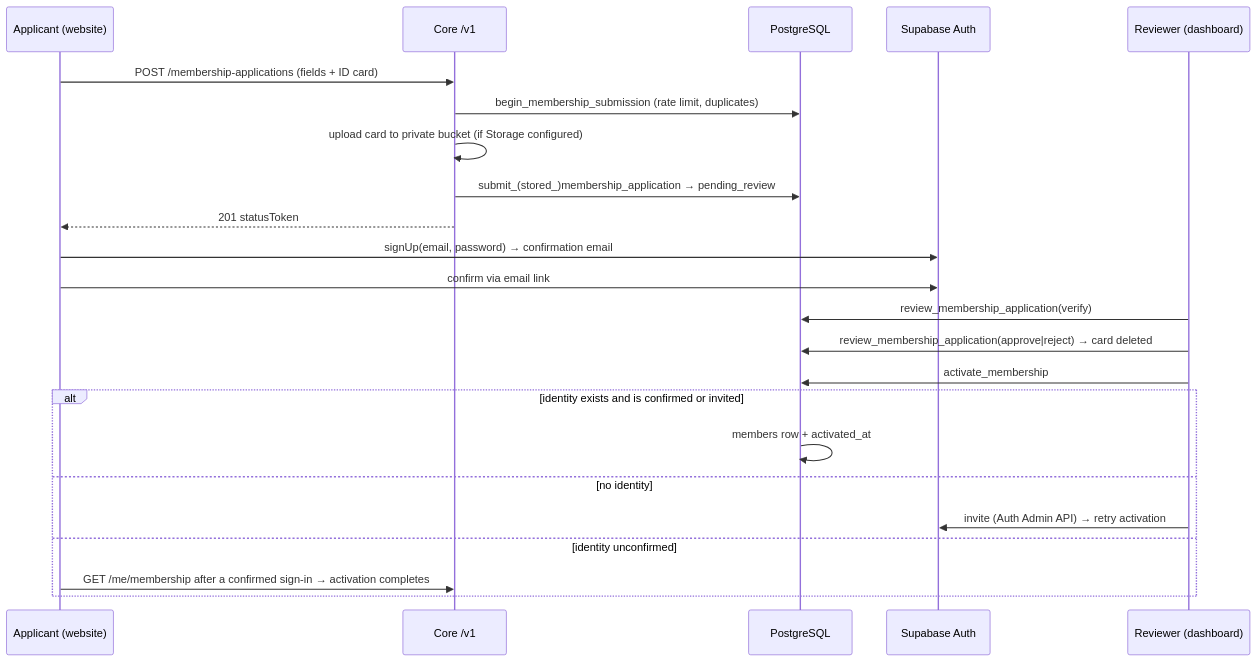
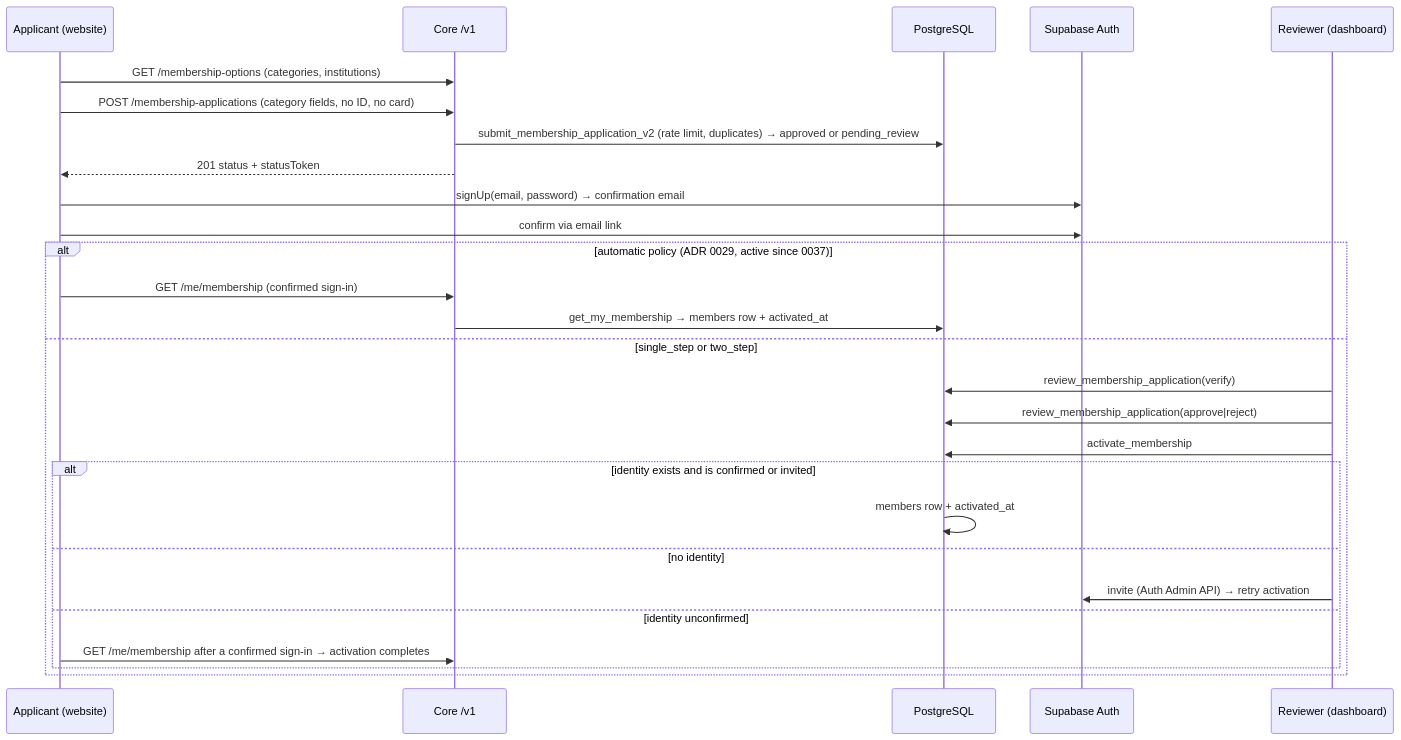
One commit to EngCrafters/engsoc-platform changed the first of 5 diagrams in docs/explanation/workflows.md. Above: the diagram before and after it, drawn with Mermaid. The commit also changed other lines of this file and 201 other files, not shown here.

````diff
--- a/docs/explanation/workflows.md
+++ b/docs/explanation/workflows.md
@@ -19,25 +19,29 @@
 ```mermaid
 sequenceDiagram
   participant V as Applicant (website)
   participant C as Core /v1
   participant DB as PostgreSQL
   participant A as Supabase Auth
   participant R as Reviewer (dashboard)
-  V->>C: POST /membership-applications (fields + ID card)
-  C->>DB: begin_membership_submission (rate limit, duplicates)
-  C->>C: upload card to private bucket (if Storage configured)
-  C->>DB: submit_(stored_)membership_application → pending_review
-  C-->>V: 201 statusToken
+  V->>C: GET /membership-options (categories, institutions)
+  V->>C: POST /membership-applications (category fields, no ID, no card)
+  C->>DB: submit_membership_application_v2 (rate limit, duplicates) → approved or pending_review
+  C-->>V: 201 status + statusToken
   V->>A: signUp(email, password) → confirmation email
   V->>A: confirm via email link
-  R->>DB: review_membership_application(verify)
-  R->>DB: review_membership_application(approve|reject) → card deleted
-  R->>DB: activate_membership
-  alt identity exists and is confirmed or invited
-    DB->>DB: members row + activated_at
-  else no identity
-    R->>A: invite (Auth Admin API) → retry activation
-  else identity unconfirmed
-    V->>C: GET /me/membership after a confirmed sign-in → activation completes
+  alt automatic policy (ADR 0029, active since 0037)
+    V->>C: GET /me/membership (confirmed sign-in)
+    C->>DB: get_my_membership → members row + activated_at
+  else single_step or two_step
+    R->>DB: review_membership_application(verify)
+    R->>DB: review_membership_application(approve|reject)
+    R->>DB: activate_membership
+    alt identity exists and is confirmed or invited
+      DB->>DB: members row + activated_at
+    else no identity
+      R->>A: invite (Auth Admin API) → retry activation
+    else identity unconfirmed
+      V->>C: GET /me/membership after a confirmed sign-in → activation completes
+    end
   end
 ```
````
